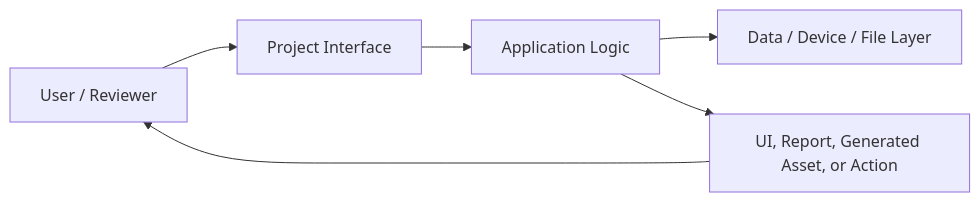
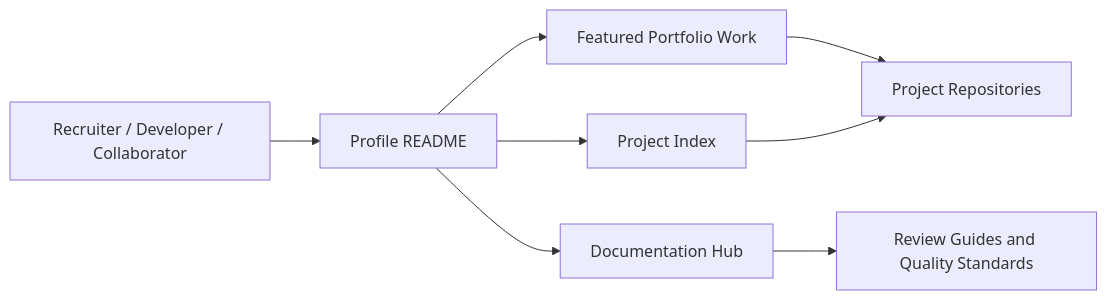
The first of 3 diagrams in docs/ARCHITECTURE.md (bhedanikhilkumar-code/bhedanikhilkumar-code), drawn with Mermaid before and after one commit. The commit also changed other lines of this file and 2 other files, not shown here.

Commit message:
docs: remove generic portfolio placeholders

````diff
--- a/docs/ARCHITECTURE.md
+++ b/docs/ARCHITECTURE.md
@@ -11,8 +11,10 @@
 ```mermaid
 flowchart LR
-    User[User / Reviewer] --> Interface[Project Interface]
-    Interface --> Logic[Application Logic]
-    Logic --> Data[Data / Device / File Layer]
-    Logic --> Output[UI, Report, Generated Asset, or Action]
-    Output --> User
+    Reviewer[Recruiter / Developer / Collaborator] --> README[Profile README]
+    README --> Featured[Featured Portfolio Work]
+    README --> Index[Project Index]
+    README --> Docs[Documentation Hub]
+    Featured --> Repos[Project Repositories]
+    Index --> Repos
+    Docs --> Review[Review Guides and Quality Standards]
 ```
````
